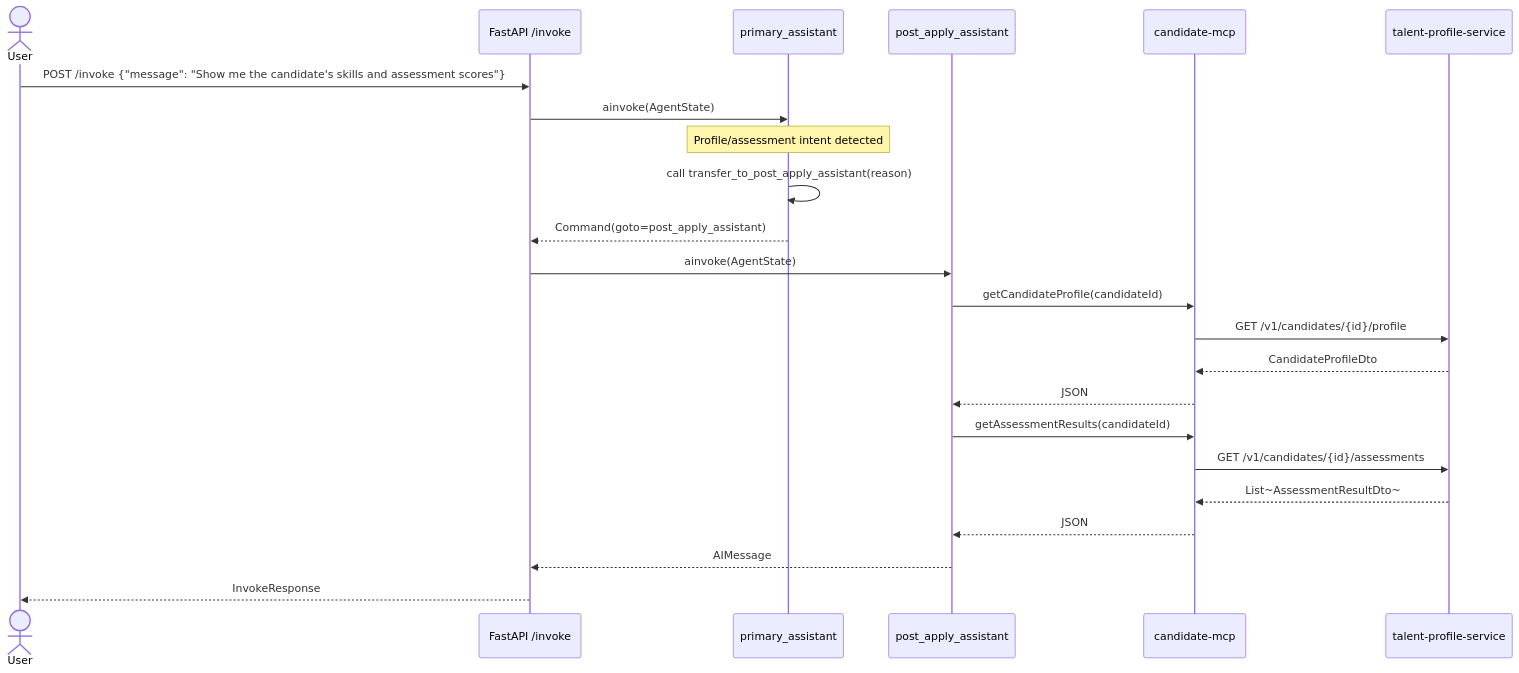
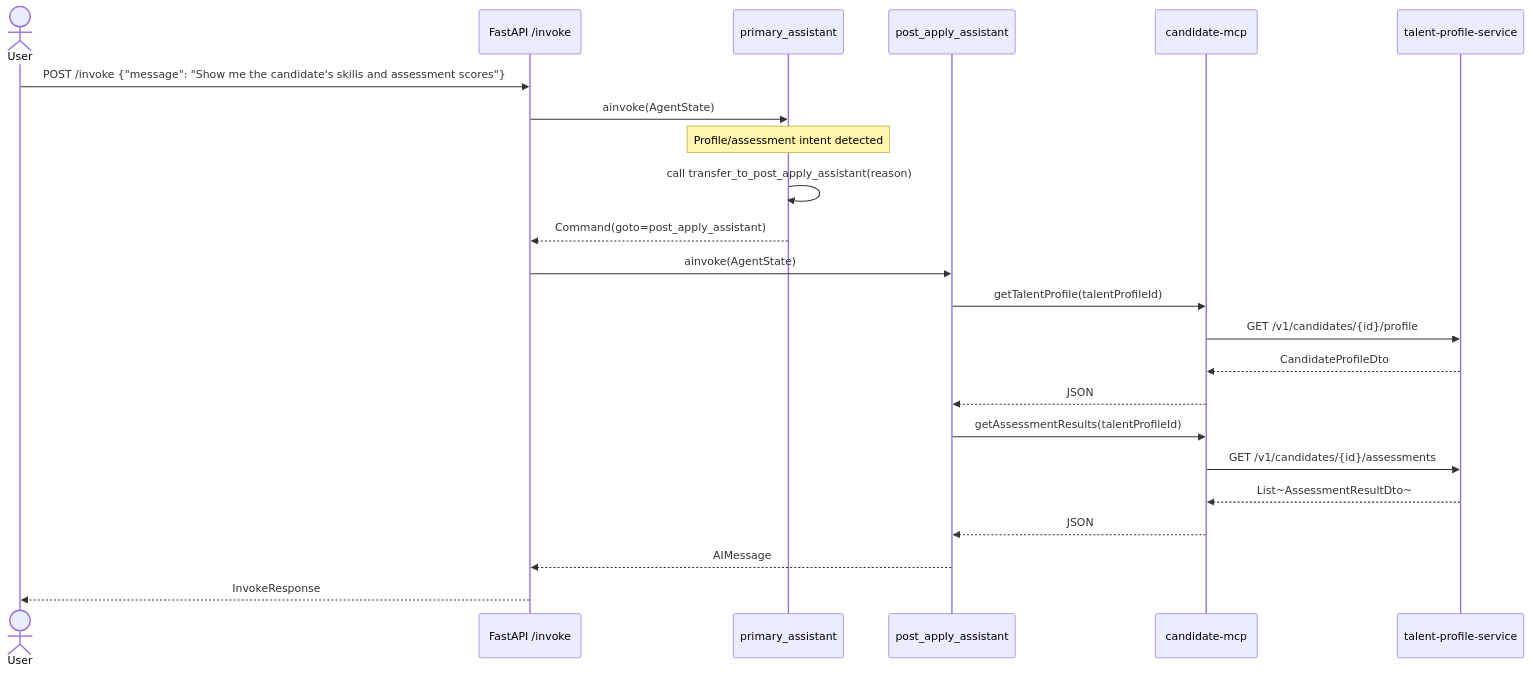
One commit to venkat-raman17/candidate-agent changed diagram 16 of 35 in LLD_POST_APPLY_ASSISTANT.md. Above: the diagram before and after it, drawn with Mermaid. The commit also changed other lines of this file, not shown here.

````diff
--- a/LLD_POST_APPLY_ASSISTANT.md
+++ b/LLD_POST_APPLY_ASSISTANT.md
@@ -1359,31 +976,31 @@
 ```mermaid
 sequenceDiagram
     actor User
     participant API as FastAPI /invoke
     participant PA as primary_assistant
     participant PAA as post_apply_assistant
     participant CMCP as candidate-mcp
     participant TPS as talent-profile-service
 
     User->>API: POST /invoke {"message": "Show me the candidate's skills and assessment scores"}
     API->>PA: ainvoke(AgentState)
 
     note over PA: Profile/assessment intent detected
     PA->>PA: call transfer_to_post_apply_assistant(reason)
     PA-->>API: Command(goto=post_apply_assistant)
 
     API->>PAA: ainvoke(AgentState)
 
-    PAA->>CMCP: getCandidateProfile(candidateId)
+    PAA->>CMCP: getTalentProfile(talentProfileId)
     CMCP->>TPS: GET /v1/candidates/{id}/profile
     TPS-->>CMCP: CandidateProfileDto
     CMCP-->>PAA: JSON
 
-    PAA->>CMCP: getAssessmentResults(candidateId)
+    PAA->>CMCP: getAssessmentResults(talentProfileId)
     CMCP->>TPS: GET /v1/candidates/{id}/assessments
     TPS-->>CMCP: List~AssessmentResultDto~
     CMCP-->>PAA: JSON
 
     PAA-->>API: AIMessage
     API-->>User: InvokeResponse
 ```
````
